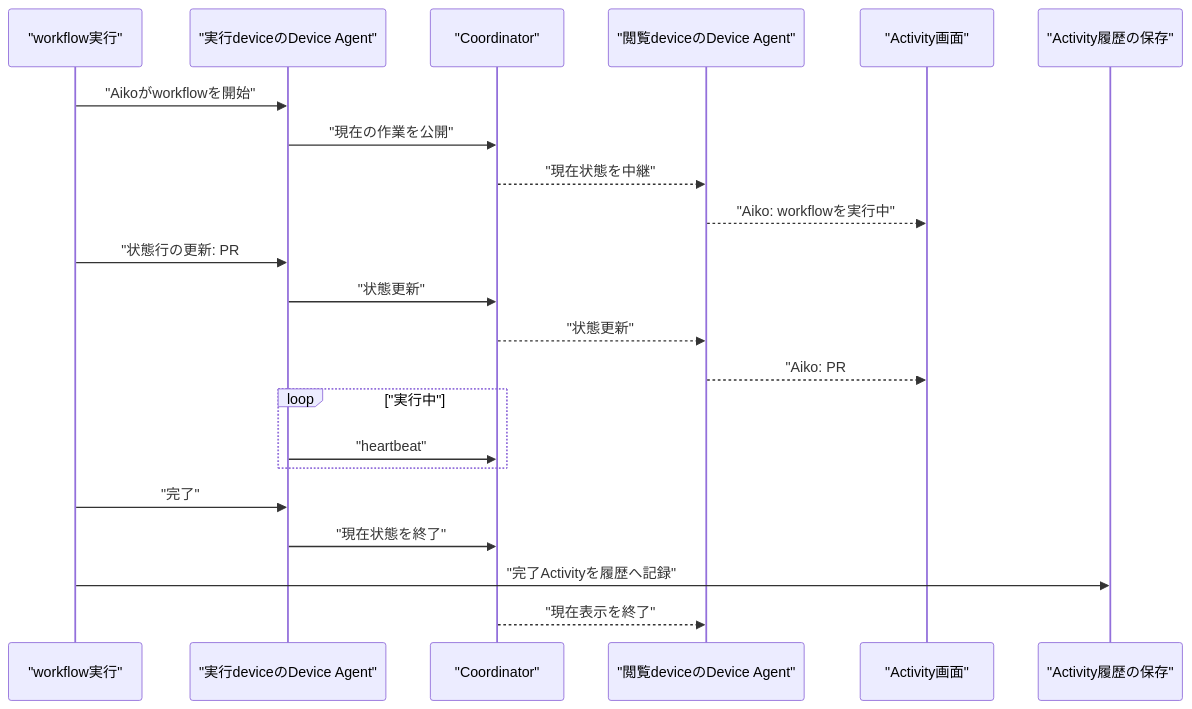
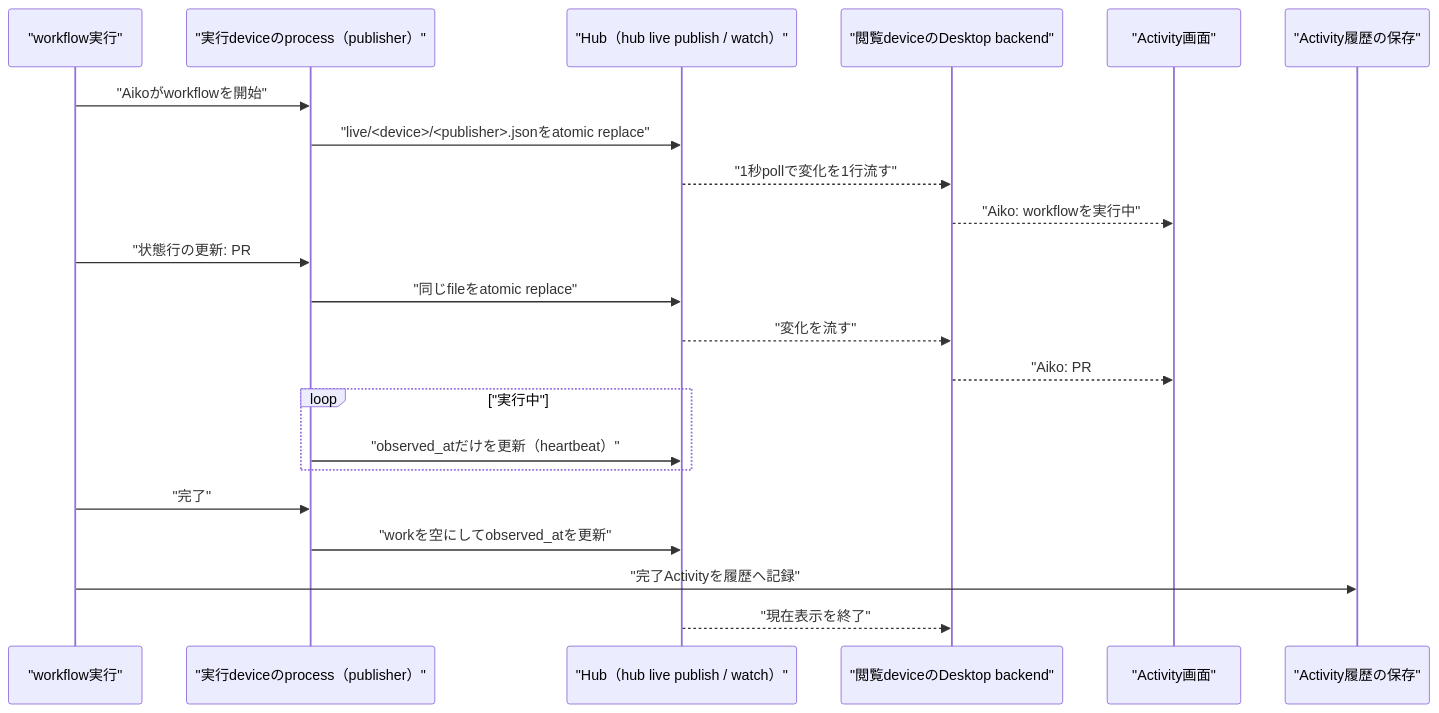
One commit to GuildBotics/GuildBotics changed the third of 9 diagrams in docs/plans/workspace_sync_plan-v3.md. Above: the diagram before and after it, drawn with Mermaid. The commit also changed other lines of this file and 71 other files, not shown here.

````diff
--- a/docs/plans/workspace_sync_plan-v3.md
+++ b/docs/plans/workspace_sync_plan-v3.md
@@ -716,25 +758,25 @@
 ```mermaid
 sequenceDiagram
     participant Runner as "workflow実行"
-    participant AgentA as "実行deviceのDevice Agent"
-    participant Coordinator as "Coordinator"
-    participant AgentB as "閲覧deviceのDevice Agent"
+    participant Pub as "実行deviceのprocess（publisher）"
+    participant Hub as "Hub（hub live publish / watch）"
+    participant Viewer as "閲覧deviceのDesktop backend"
     participant Activity as "Activity画面"
     participant Storage as "Activity履歴の保存"
 
-    Runner->>AgentA: "Aikoがworkflowを開始"
-    AgentA->>Coordinator: "現在の作業を公開"
-    Coordinator-->>AgentB: "現在状態を中継"
-    AgentB-->>Activity: "Aiko: workflowを実行中"
-    Runner->>AgentA: "状態行の更新: PR #123を確認中"
-    AgentA->>Coordinator: "状態更新"
-    Coordinator-->>AgentB: "状態更新"
-    AgentB-->>Activity: "Aiko: PR #123を確認中"
+    Runner->>Pub: "Aikoがworkflowを開始"
+    Pub->>Hub: "live/<device>/<publisher>.jsonをatomic replace"
+    Hub-->>Viewer: "1秒pollで変化を1行流す"
+    Viewer-->>Activity: "Aiko: workflowを実行中"
+    Runner->>Pub: "状態行の更新: PR #123を確認中"
+    Pub->>Hub: "同じfileをatomic replace"
+    Hub-->>Viewer: "変化を流す"
+    Viewer-->>Activity: "Aiko: PR #123を確認中"
     loop "実行中"
-        AgentA->>Coordinator: "heartbeat"
+        Pub->>Hub: "observed_atだけを更新（heartbeat）"
     end
-    Runner->>AgentA: "完了"
-    AgentA->>Coordinator: "現在状態を終了"
+    Runner->>Pub: "完了"
+    Pub->>Hub: "workを空にしてobserved_atを更新"
     Runner->>Storage: "完了Activityを履歴へ記録"
-    Coordinator-->>AgentB: "現在表示を終了"
+    Hub-->>Viewer: "現在表示を終了"
 ```
````
